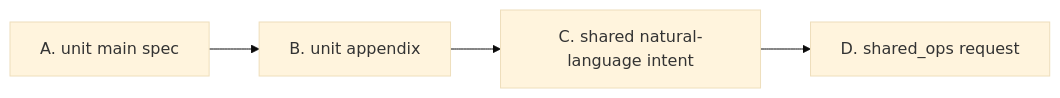
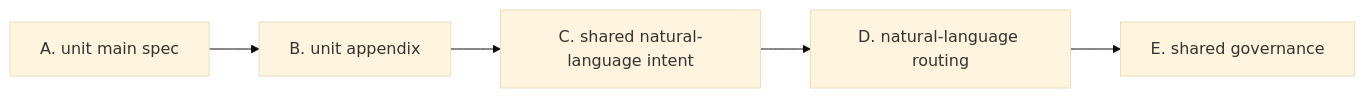
Before and after one commit to mfblog/specflow: the sixth of 7 diagrams in README.md, drawn with Mermaid (base theme). The commit also changed other lines of this file and 29 other files, not shown here.

Commit message:
docs: add natural language specflow routing

````diff
--- a/README.md
+++ b/README.md
@@ -476,6 +476,7 @@
 ```mermaid
 flowchart LR
     A["A. unit main spec"] --> B["B. unit appendix"]
     B --> C["C. shared natural-language intent"]
-    C --> D["D. shared_ops request"]
+    C --> D["D. natural-language routing"]
+    D --> E["E. shared governance"]
 ```
````
